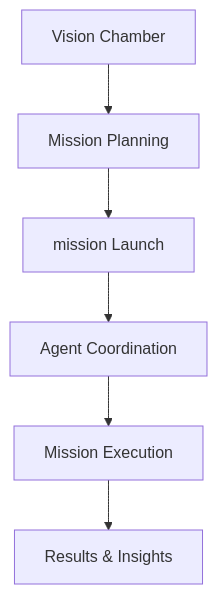
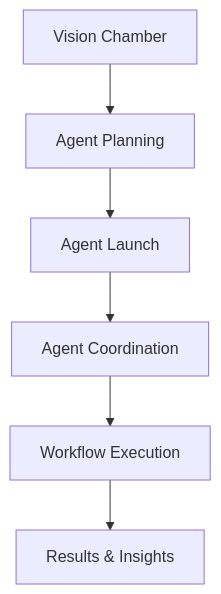
Before and after one commit to theingenuityco/starships.ai: the diagram in README.md, drawn with Mermaid. The commit also changed other lines of this file and 57 other files, not shown here.

````diff
--- a/README.md
+++ b/README.md
@@ -126,8 +125,8 @@
 ```mermaid
 graph TD
-    A[Vision Chamber] --> B[Mission Planning]
-    B --> C[mission Launch]
+    A[Vision Chamber] --> B[Agent Planning]
+    B --> C[Agent Launch]
     C --> D[Agent Coordination]
-    D --> E[Mission Execution]
+    D --> E[Workflow Execution]
     E --> F[Results & Insights]
 ```
````
